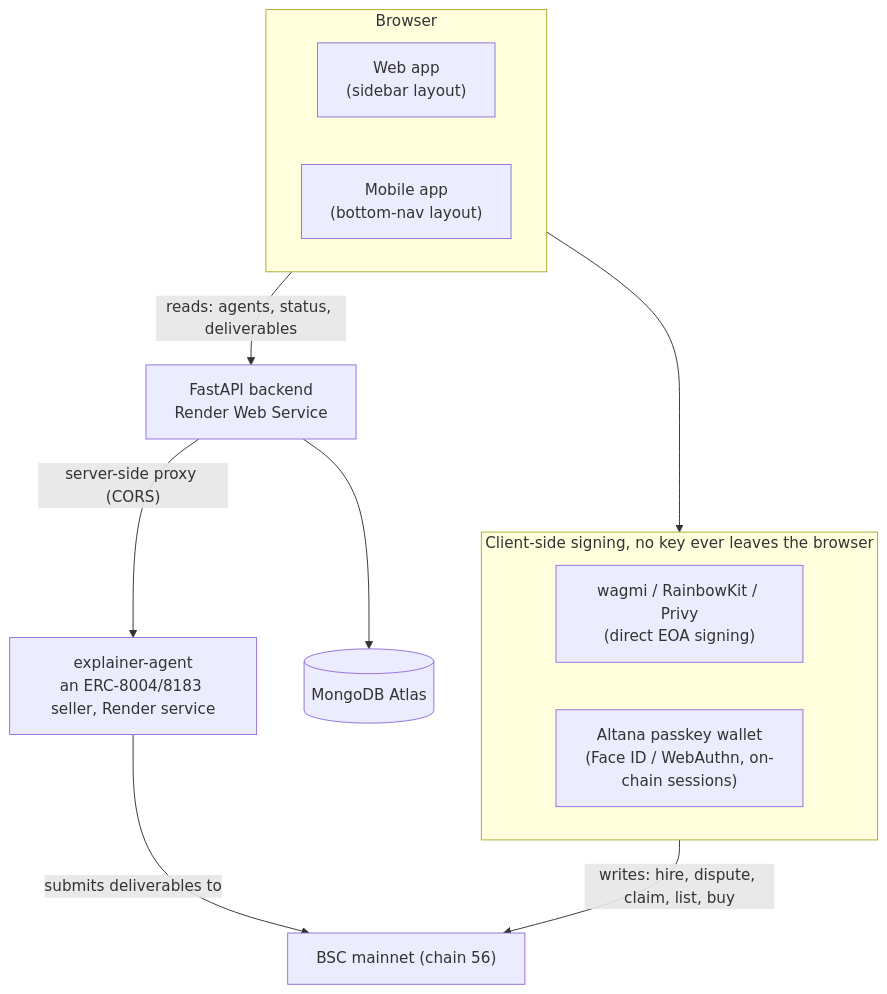
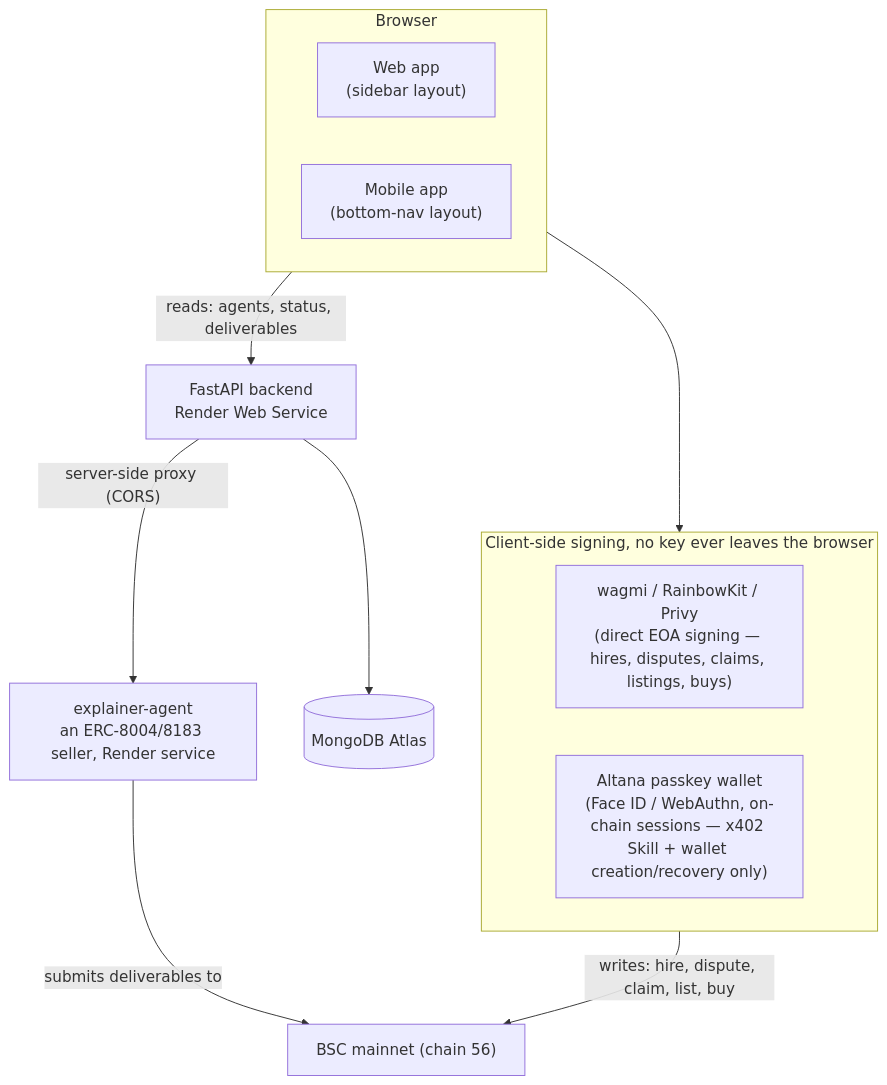
One commit to sabaazdn73/Agents-Marketplace changed the diagram in docs/architecture.md. Above: the diagram before and after it, drawn with Mermaid. The commit also changed 26 other files, not shown here.

````diff
--- a/docs/architecture.md
+++ b/docs/architecture.md
@@ -7,24 +7,24 @@
 ```mermaid
 flowchart TB
     subgraph Client["Browser"]
         Web["Web app<br/>(sidebar layout)"]
         Mobile["Mobile app<br/>(bottom-nav layout)"]
     end
 
     subgraph Wallets["Client-side signing, no key ever leaves the browser"]
-        Wagmi["wagmi / RainbowKit / Privy<br/>(direct EOA signing)"]
-        Altana["Altana passkey wallet<br/>(Face ID / WebAuthn, on-chain sessions)"]
+        Wagmi["wagmi / RainbowKit / Privy<br/>(direct EOA signing — hires, disputes, claims, listings, buys)"]
+        Altana["Altana passkey wallet<br/>(Face ID / WebAuthn, on-chain sessions — x402 Skill + wallet creation/recovery only)"]
     end
 
     Backend["FastAPI backend<br/>Render Web Service"]
     Mongo[("MongoDB Atlas")]
     Chain["BSC mainnet (chain 56)"]
     Explainer["explainer-agent<br/>an ERC-8004/8183 seller, Render service"]
 
     Client --> Wallets
     Client -- "reads: agents, status, deliverables" --> Backend
     Wallets -- "writes: hire, dispute, claim, list, buy" --> Chain
     Backend --> Mongo
     Backend -- "server-side proxy (CORS)" --> Explainer
     Explainer -- "submits deliverables to" --> Chain
 ```
````
